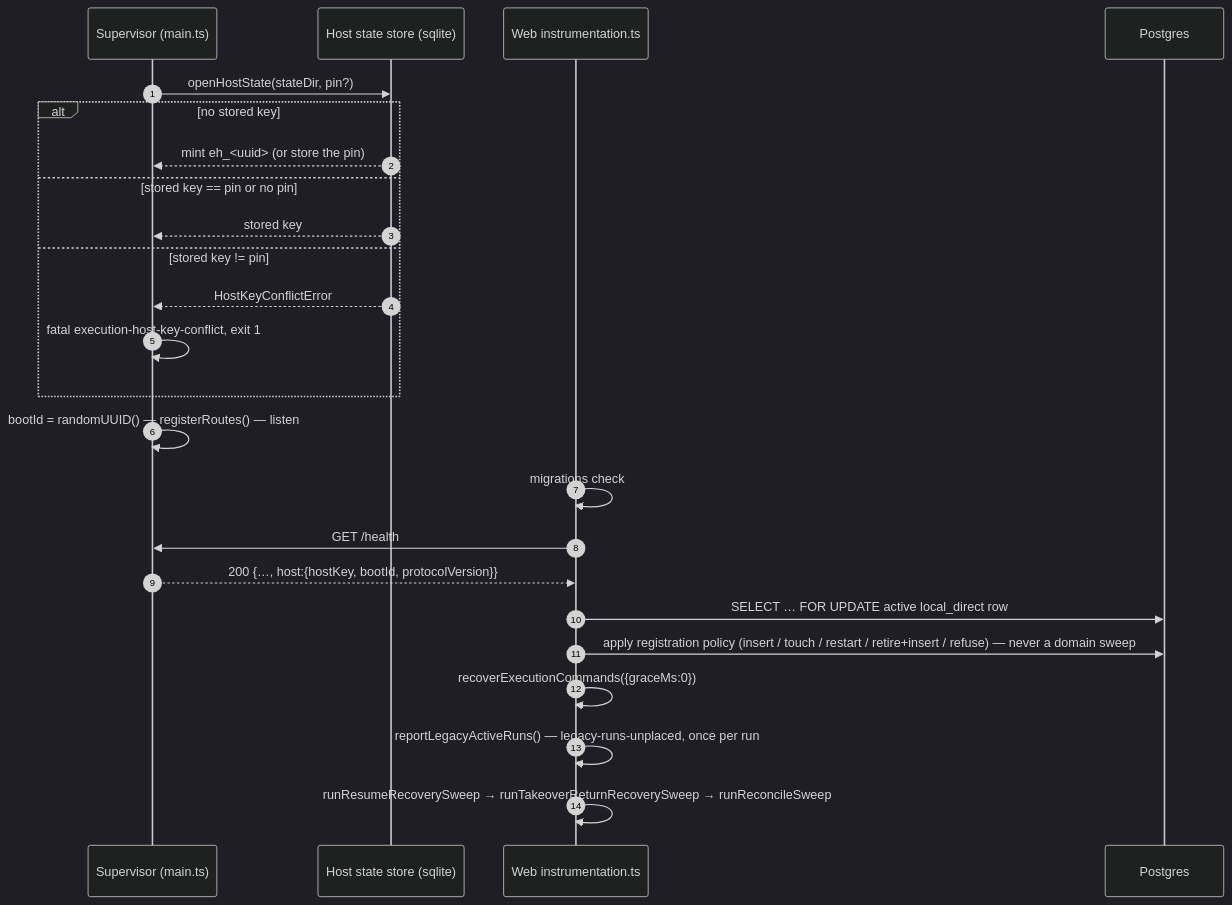
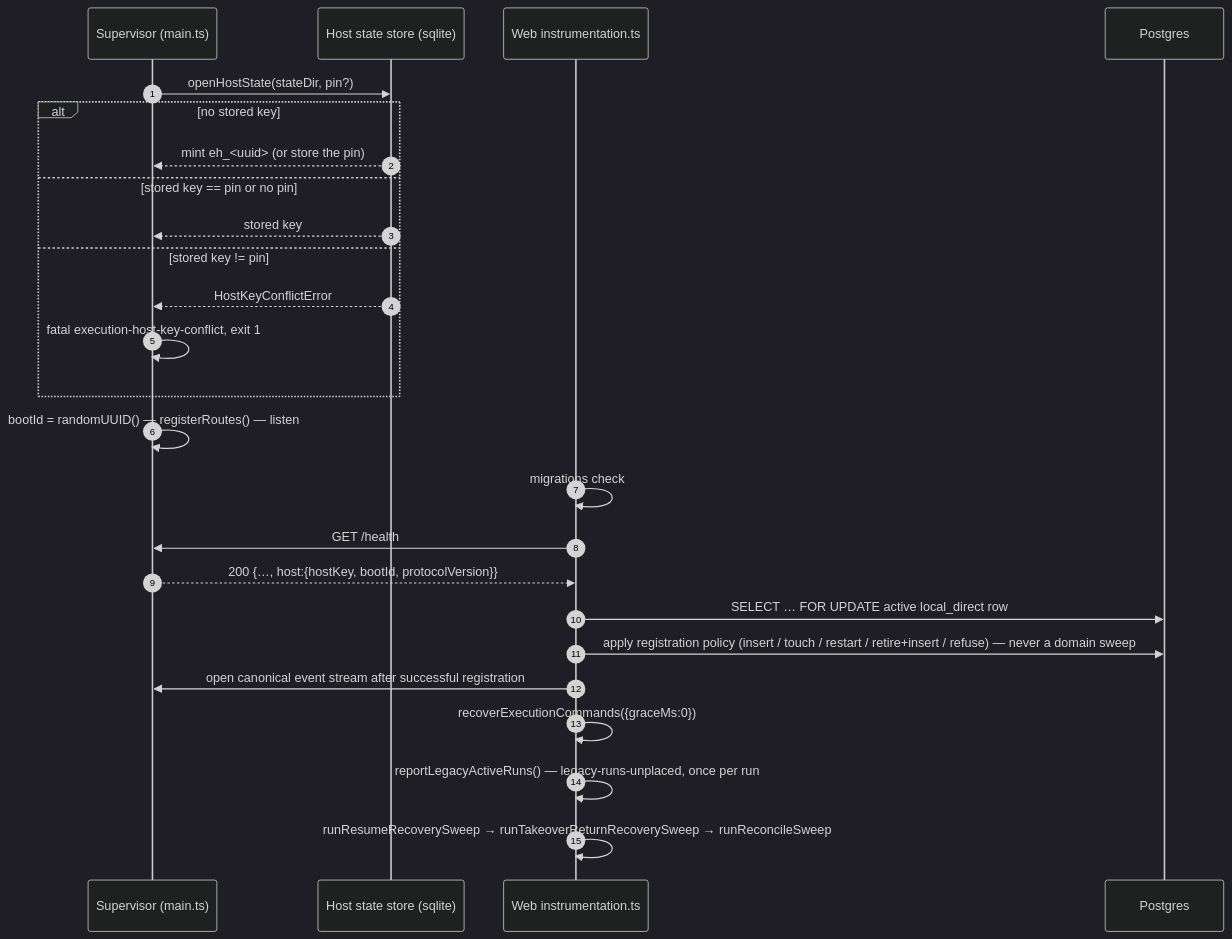
The fourth of 10 diagrams in docs/system-analytics/execution-hosts.md (maister-dev/maister), drawn with Mermaid (dark theme) before and after one commit. The commit also changed other lines of this file and 41 other files, not shown here.

````diff
--- a/docs/system-analytics/execution-hosts.md
+++ b/docs/system-analytics/execution-hosts.md
@@ -213,26 +218,27 @@
 ```mermaid
 sequenceDiagram
     autonumber
     participant SUP as Supervisor (main.ts)
     participant ST as Host state store (sqlite)
     participant WEB as Web instrumentation.ts
     participant PG as Postgres
     SUP->>ST: openHostState(stateDir, pin?)
     alt no stored key
         ST-->>SUP: mint eh_<uuid> (or store the pin)
     else stored key == pin or no pin
         ST-->>SUP: stored key
     else stored key != pin
         ST-->>SUP: HostKeyConflictError
         SUP->>SUP: fatal execution-host-key-conflict, exit 1
     end
     SUP->>SUP: bootId = randomUUID() — registerRoutes() — listen
     WEB->>WEB: migrations check
     WEB->>SUP: GET /health
     SUP-->>WEB: 200 {…, host:{hostKey, bootId, protocolVersion}}
     WEB->>PG: SELECT … FOR UPDATE active local_direct row
     WEB->>PG: apply registration policy (insert / touch / restart / retire+insert / refuse) — never a domain sweep
+    WEB->>SUP: open canonical event stream after successful registration
     WEB->>WEB: recoverExecutionCommands({graceMs:0})
     WEB->>WEB: reportLegacyActiveRuns() — legacy-runs-unplaced, once per run
     WEB->>WEB: runResumeRecoverySweep → runTakeoverReturnRecoverySweep → runReconcileSweep
 ```
````
